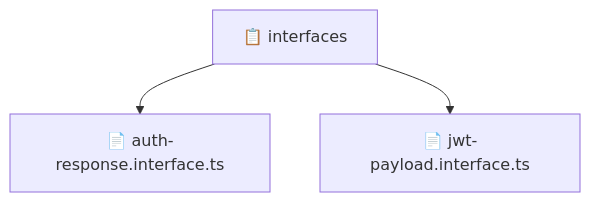
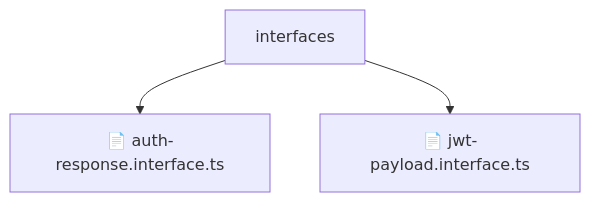
The diagram in backend/src/modules/auth/interfaces/README.md (beginwebdev2002/fullstack-mavluda), drawn with Mermaid before and after one commit. The commit also changed other lines of this file and 155 other files, not shown here.

````diff
--- a/backend/src/modules/auth/interfaces/README.md
+++ b/backend/src/modules/auth/interfaces/README.md
@@ -10,6 +14,6 @@
 ```mermaid
 graph TD
-  Root["📋 interfaces"]
-  Root --> authresponseinterfacets["📄 auth-response.interface.ts"]
-  Root --> jwtpayloadinterfacets["📄 jwt-payload.interface.ts"]
+    Root[interfaces]
+    Root --> F0[📄 auth-response.interface.ts]
+    Root --> F1[📄 jwt-payload.interface.ts]
 ```
````
